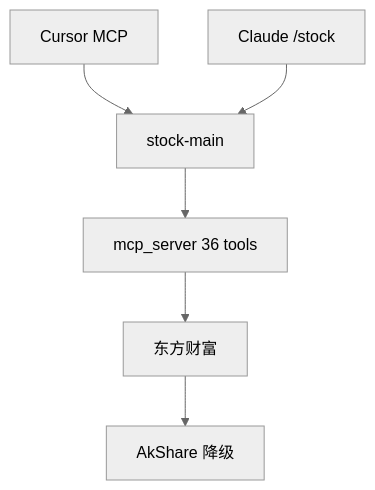
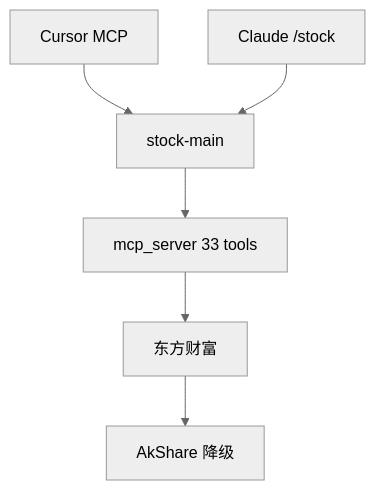
Before and after one commit to tetap/stock-skills: the second of 2 diagrams in docs/content/usage.md, drawn with Mermaid (neutral theme). The commit also changed 53 other files, not shown here.

````diff
--- a/docs/content/usage.md
+++ b/docs/content/usage.md
@@ -53,8 +53,8 @@
 ```mermaid
 flowchart TB
   C[Cursor MCP] --> MAIN[stock-main]
   CL[Claude /stock] --> MAIN
-  MAIN --> MCP[mcp_server 36 tools]
+  MAIN --> MCP[mcp_server 33 tools]
   MCP --> EM[东方财富]
   EM --> AK[AkShare 降级]
 ```
````
